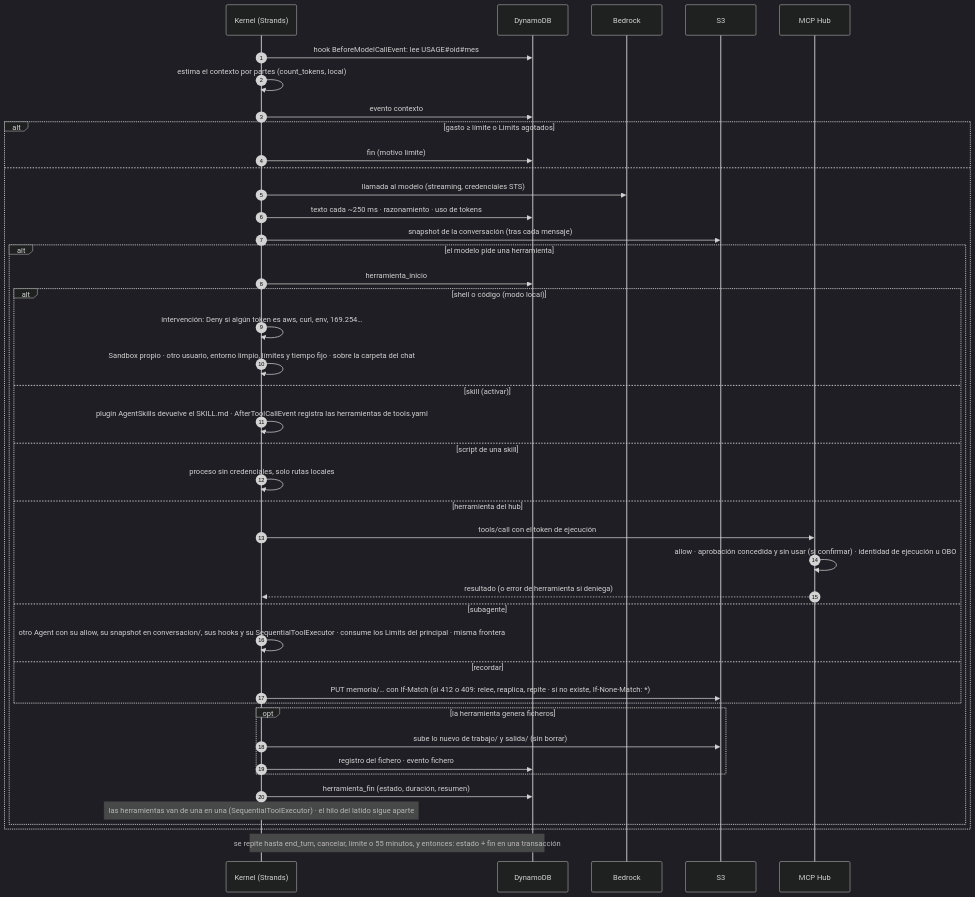
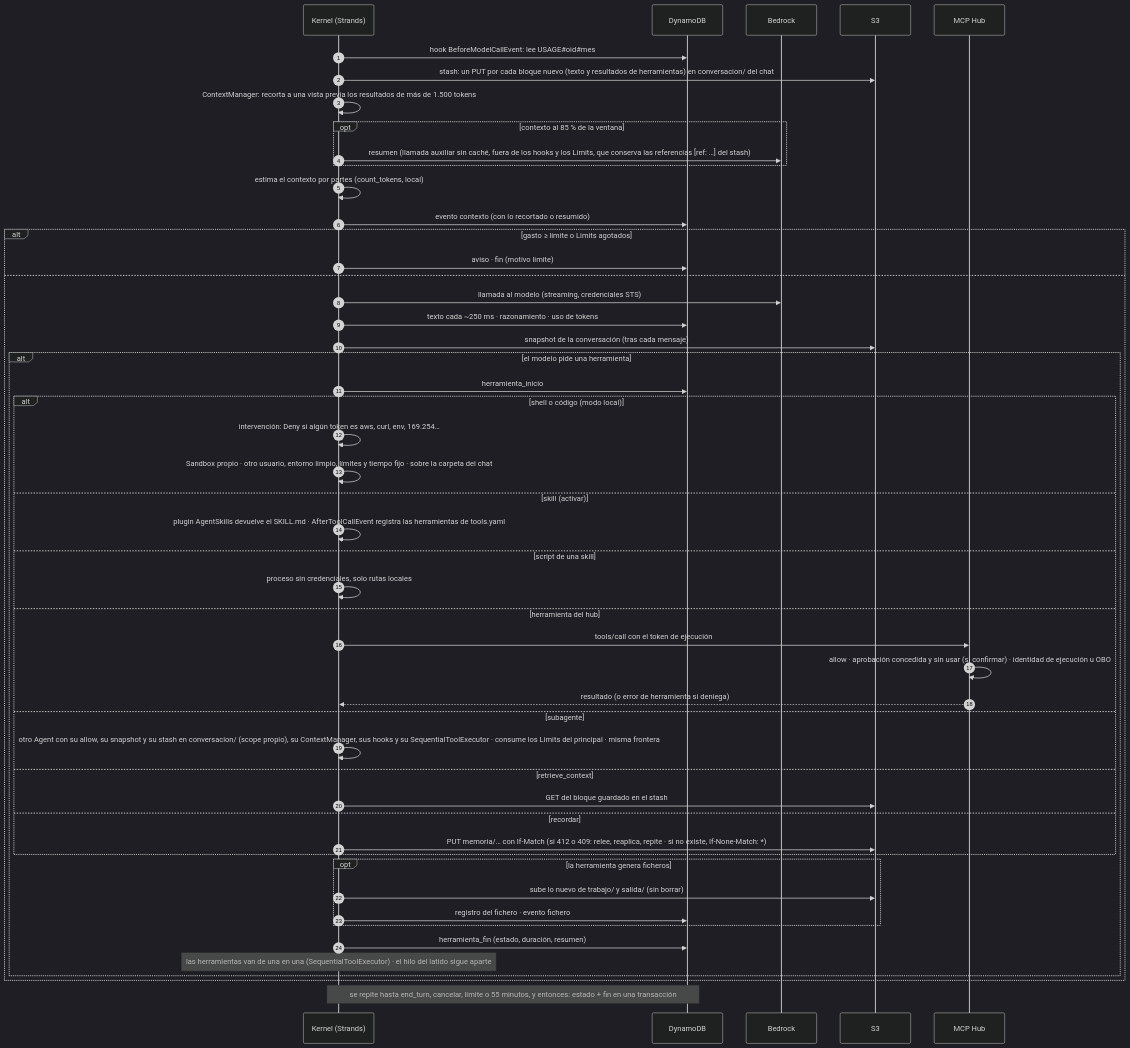
The third of 10 diagrams in docs/arquitectura-agentes.md (ikermendi/sample-agent-platform-with-agentcore), drawn with Mermaid (dark theme) before and after one commit. The commit also changed other lines of this file, not shown here.

````diff
--- a/docs/arquitectura-agentes.md
+++ b/docs/arquitectura-agentes.md
@@ -424,46 +429,53 @@
 ```mermaid
 sequenceDiagram
   autonumber
   participant K as Kernel (Strands)
   participant D as DynamoDB
   participant B as Bedrock
   participant S3 as S3
   participant H as MCP Hub
 
   K->>D: hook BeforeModelCallEvent: lee USAGE#35;oid#35;mes
+  K->>S3: stash: un PUT por cada bloque nuevo (texto y resultados de herramientas) en conversacion/ del chat
+  K->>K: ContextManager: recorta a una vista previa los resultados de más de 1.500 tokens
+  opt contexto al 85 % de la ventana
+    K->>B: resumen (llamada auxiliar sin caché, fuera de los hooks y los Limits, que conserva las referencias [ref: …] del stash)
+  end
   K->>K: estima el contexto por partes (count_tokens, local)
-  K->>D: evento contexto
+  K->>D: evento contexto (con lo recortado o resumido)
   alt gasto ≥ límite o Limits agotados
-    K->>D: fin (motivo limite)
+    K->>D: aviso · fin (motivo limite)
   else
     K->>B: llamada al modelo (streaming, credenciales STS)
     K->>D: texto cada ~250 ms · razonamiento · uso de tokens
     K->>S3: snapshot de la conversación (tras cada mensaje)
     alt el modelo pide una herramienta
       K->>D: herramienta_inicio
       alt shell o código (modo local)
         K->>K: intervención: Deny si algún token es aws, curl, env, 169.254…
         K->>K: Sandbox propio · otro usuario, entorno limpio, límites y tiempo fijo · sobre la carpeta del chat
       else skill (activar)
         K->>K: plugin AgentSkills devuelve el SKILL.md · AfterToolCallEvent registra las herramientas de tools.yaml
       else script de una skill
         K->>K: proceso sin credenciales, solo rutas locales
       else herramienta del hub
         K->>H: tools/call con el token de ejecución
         H->>H: allow · aprobación concedida y sin usar (si confirmar) · identidad de ejecución u OBO
         H-->>K: resultado (o error de herramienta si deniega)
       else subagente
-        K->>K: otro Agent con su allow, su snapshot en conversacion/, sus hooks y su SequentialToolExecutor · consume los Limits del principal · misma frontera
+        K->>K: otro Agent con su allow, su snapshot y su stash en conversacion/ (scope propio), su ContextManager, sus hooks y su SequentialToolExecutor · consume los Limits del principal · misma frontera
+      else retrieve_context
+        K->>S3: GET del bloque guardado en el stash
       else recordar
         K->>S3: PUT memoria/… con If-Match (si 412 o 409: relee, reaplica, repite · si no existe, If-None-Match: *)
       end
       opt la herramienta genera ficheros
         K->>S3: sube lo nuevo de trabajo/ y salida/ (sin borrar)
         K->>D: registro del fichero · evento fichero
       end
       K->>D: herramienta_fin (estado, duración, resumen)
       Note over K: las herramientas van de una en una (SequentialToolExecutor) · el hilo del latido sigue aparte
     end
   end
   Note over K,D: se repite hasta end_turn, cancelar, límite o 55 minutos, y entonces: estado + fin en una transacción
 ```
````
